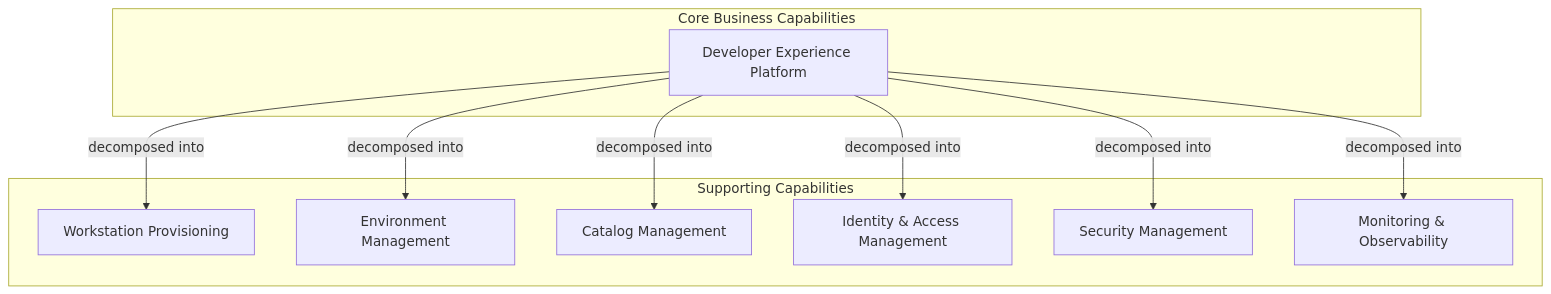
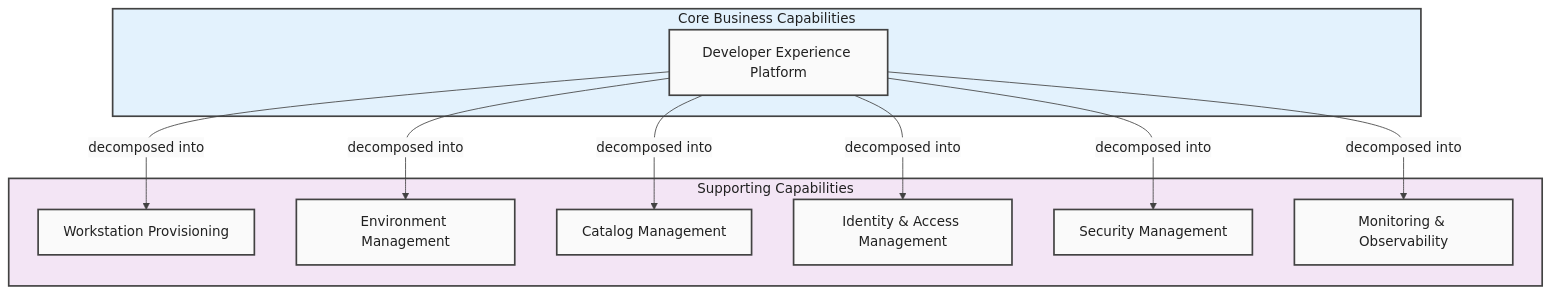
Before and after one commit to Evilazaro/DevExp-DevBox: the second of 11 diagrams in docs/architecture/Business.md, drawn with Mermaid. The commit also changed other lines of this file, not shown here.

Commit message:
docs: enhance Business Architecture diagrams with improved structure and styling

````diff
--- a/docs/architecture/Business.md
+++ b/docs/architecture/Business.md
@@ -95,20 +112,31 @@
 ```mermaid
-graph TB
-    subgraph "Core Business Capabilities"
+%%{init: {'theme': 'base', 'themeVariables': { 'primaryColor': '#FAFAFA', 'primaryBorderColor': '#424242', 'primaryTextColor': '#212121', 'lineColor': '#424242'}}}%%
+flowchart TB
+    %% Style Definitions
+    classDef default fill:#FAFAFA,stroke:#424242,stroke-width:2px,color:#212121
+    classDef level1 fill:#E3F2FD,stroke:#424242,stroke-width:2px,color:#212121
+    classDef level2 fill:#F3E5F5,stroke:#424242,stroke-width:2px,color:#212121
+
+    subgraph CORE["Core Business Capabilities"]
         CAP1["Developer Experience Platform"]
     end
-    subgraph "Supporting Capabilities"
+
+    subgraph SUPPORT["Supporting Capabilities"]
         CAP2["Workstation Provisioning"]
         CAP3["Environment Management"]
         CAP4["Catalog Management"]
         CAP5["Identity & Access Management"]
         CAP6["Security Management"]
         CAP7["Monitoring & Observability"]
     end
+
     CAP1 -->|"decomposed into"| CAP2
     CAP1 -->|"decomposed into"| CAP3
     CAP1 -->|"decomposed into"| CAP4
     CAP1 -->|"decomposed into"| CAP5
     CAP1 -->|"decomposed into"| CAP6
     CAP1 -->|"decomposed into"| CAP7
+
+    class CORE level1
+    class SUPPORT level2
 ```
````
